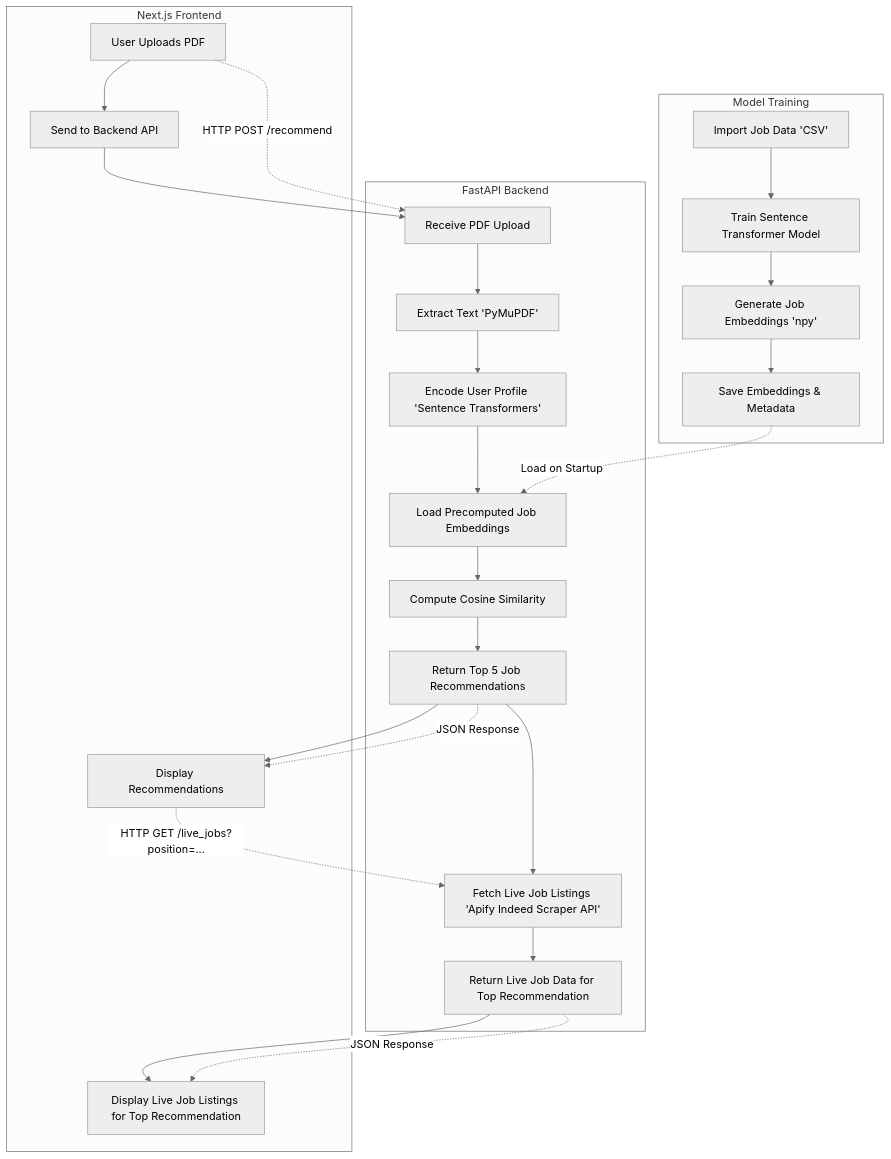
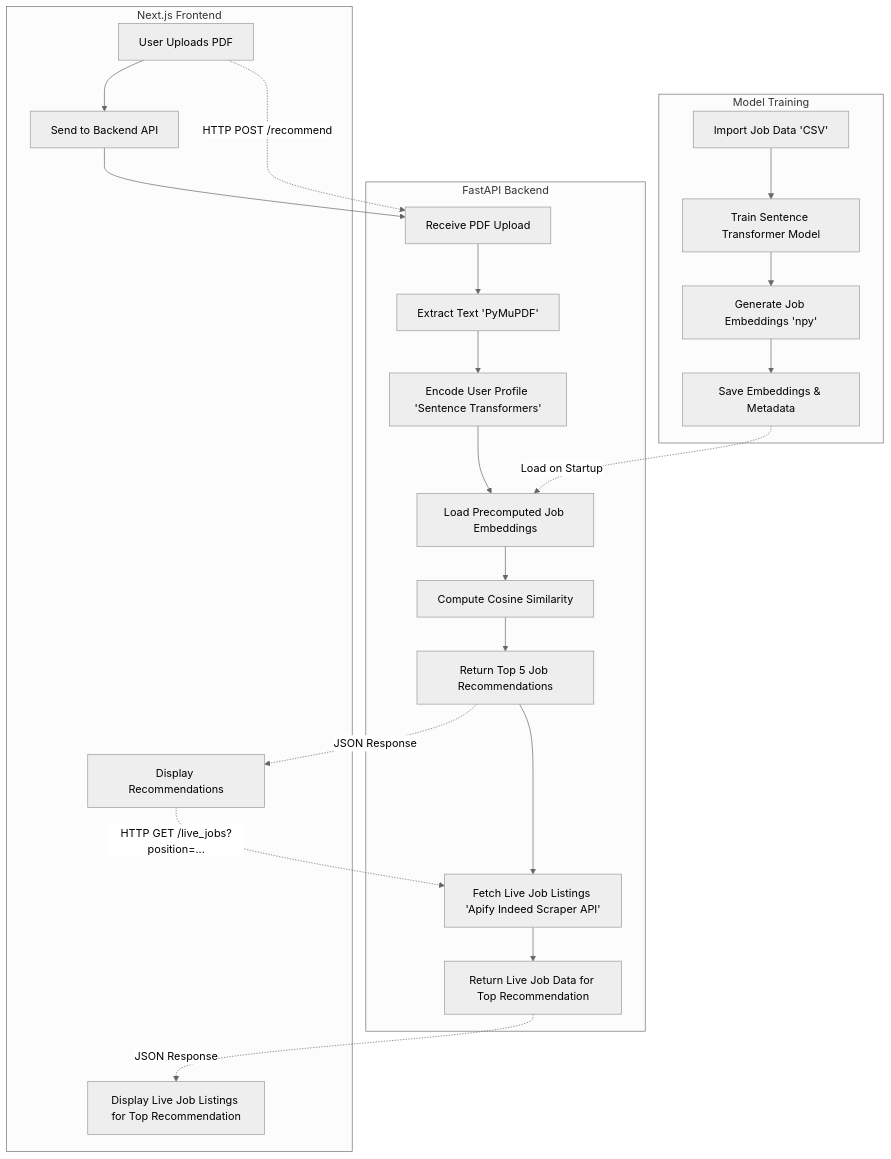
Before and after one commit to Teenuhansa99/Social-Activity-Job-Matcher: the diagram in diagram.md, drawn with Mermaid (neutral theme).

Commit message:
fix diagram communication paths

````diff
--- a/diagram.md
+++ b/diagram.md
@@ -3,36 +3,36 @@
 ```mermaid
 flowchart TD
     subgraph Model_Training[Model Training]
         A[Import Job Data 'CSV'] --> B[Train Sentence Transformer Model]
         B --> C[Generate Job Embeddings 'npy']
         C --> D[Save Embeddings & Metadata]
     end
 
     subgraph Backend[FastAPI Backend]
         E[Receive PDF Upload]
         E --> F[Extract Text 'PyMuPDF']
         F --> G[Encode User Profile 'Sentence Transformers']
         G --> H[Load Precomputed Job Embeddings]
         H --> I[Compute Cosine Similarity]
         I --> J[Return Top 5 Job Recommendations]
         J --> N[Fetch Live Job Listings 'Apify Indeed Scraper API']
         N --> O[Return Live Job Data for Top Recommendation]
     end
 
     subgraph Frontend[Next.js Frontend]
         K[User Uploads PDF]
         K --> L[Send to Backend API]
         L --> E
-        J --> M[Display Recommendations]
-        O --> P[Display Live Job Listings for Top Recommendation]
+        M[Display Recommendations]
+        P[Display Live Job Listings for Top Recommendation]
     end
 
     %% Communication
     K -.->|HTTP POST /recommend| E
     J -.->|JSON Response| M
     M -.->|HTTP GET /live_jobs?position=...| N
     O -.->|JSON Response| P
 
     %% Data Flow
     D -.->|Load on Startup| H
 ```
````
